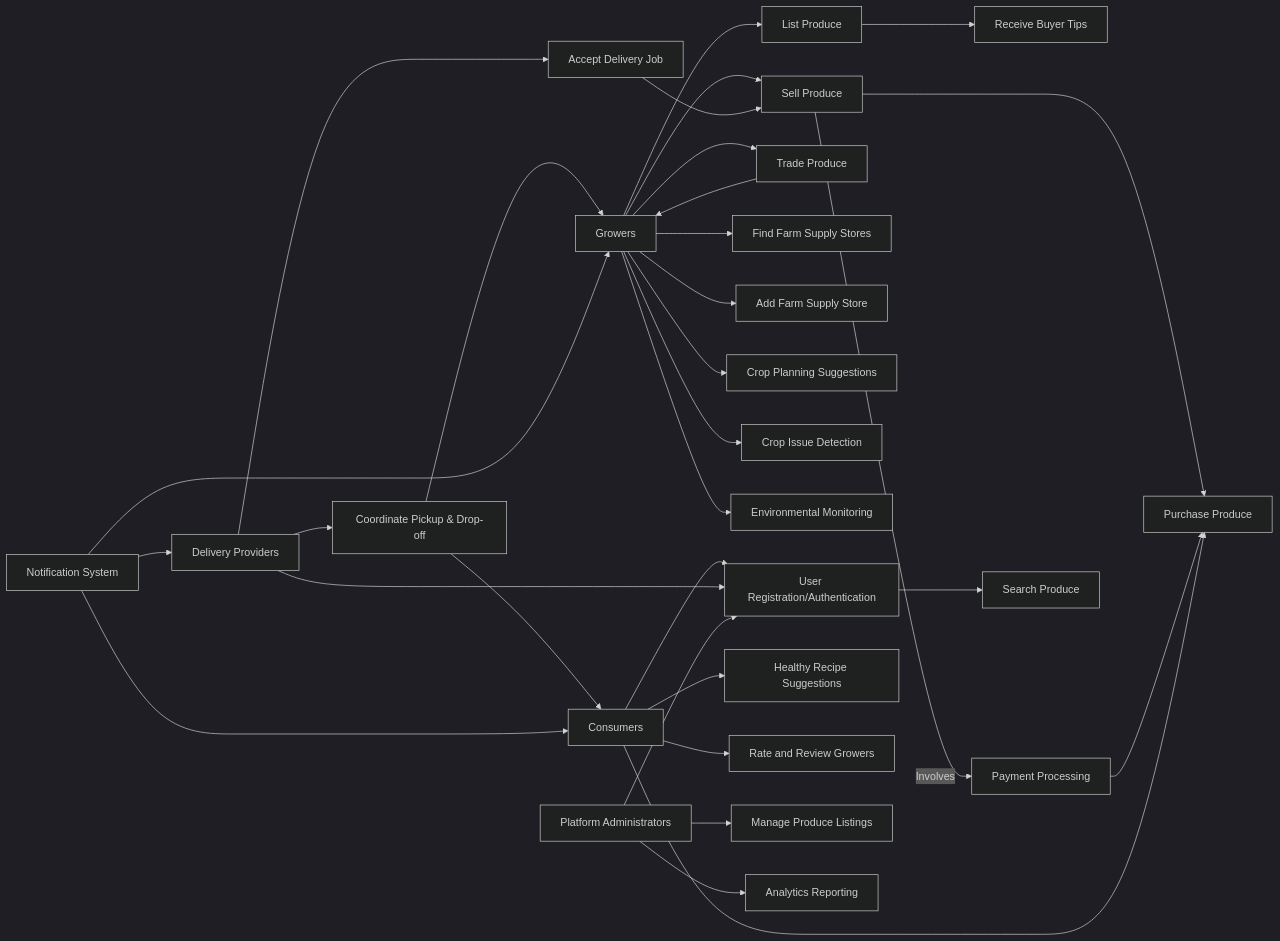
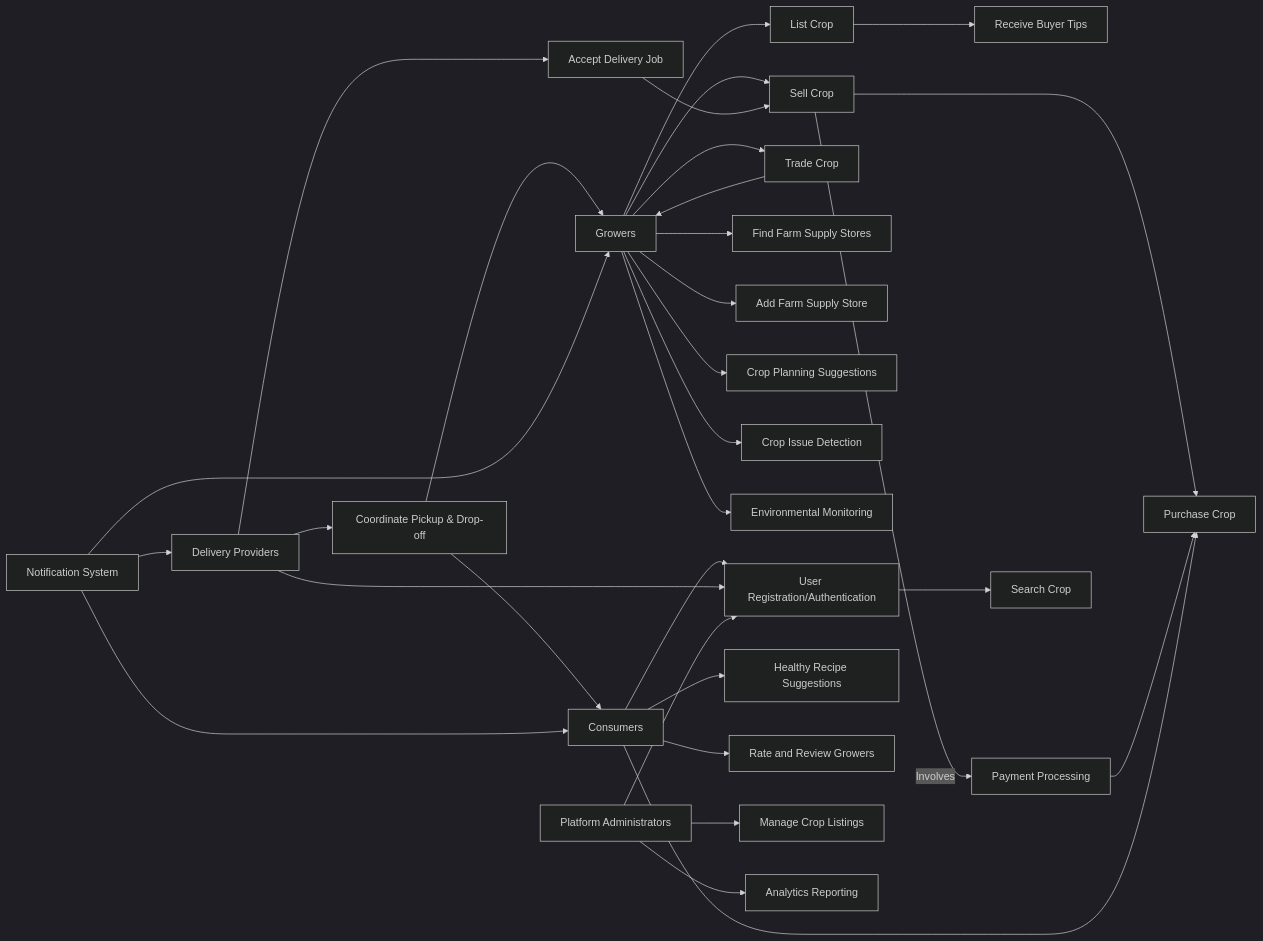
Before and after one commit to harvesit/harvesit: the first of 6 diagrams in README.md, drawn with Mermaid (dark theme). The commit also changed other lines of this file, not shown here.

````diff
--- a/README.md
+++ b/README.md
@@ -133,39 +133,39 @@
 ```mermaid
 graph LR
-    A[Growers] --> B1[List Produce]
-    A --> B2[Sell Produce] 
-    A --> B3[Trade Produce]
+    A[Growers] --> B1[List Crop]
+    A --> B2[Sell Crop] 
+    A --> B3[Trade Crop]
     A --> B4[Find Farm Supply Stores]
     A --> B5[Add Farm Supply Store]
     B1 --> B6[Receive Buyer Tips]
     A --> B7[Crop Planning Suggestions]
     A --> B8[Crop Issue Detection]
     A --> B9[Environmental Monitoring]
     B2 -->|Involves| P[Payment Processing]
     
-    B2 --> D2[Purchase Produce]
+    B2 --> D2[Purchase Crop]
     B3 --> A
     P --> D2
     
     F1[Accept Delivery Job] --> B2 
     F2[Coordinate Pickup & Drop-off] --> A
     
     C[Consumers] --> U[User Registration/Authentication]
-    U --> D1[Search Produce]
+    U --> D1[Search Crop]
     C --> D2
     C --> D3[Healthy Recipe Suggestions]  
     C --> D4[Rate and Review Growers]
     
     F2 --> C
     NS[Notification System] --> A
     NS --> C
     NS --> E
 
     E[Delivery Providers] --> F1
     E --> F2
     E --> U
 
-    G[Platform Administrators] --> H1[Manage Produce Listings] 
+    G[Platform Administrators] --> H1[Manage Crop Listings] 
     G --> H2[Analytics Reporting]
     G --> U
 ```
````
